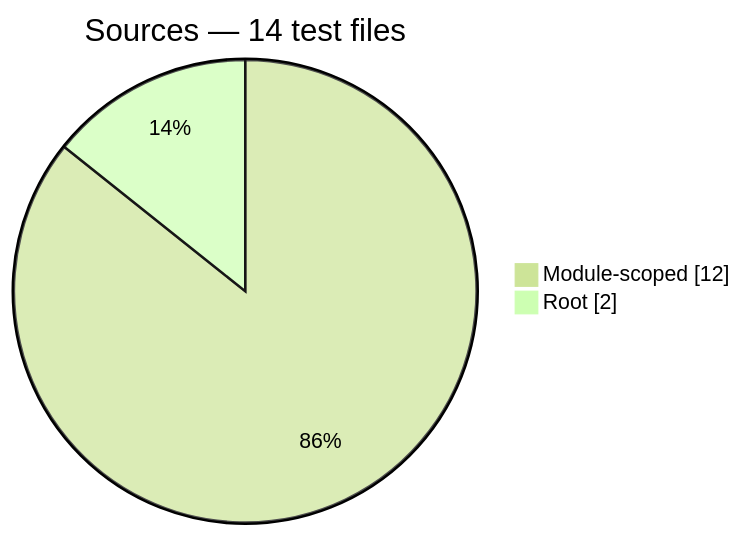
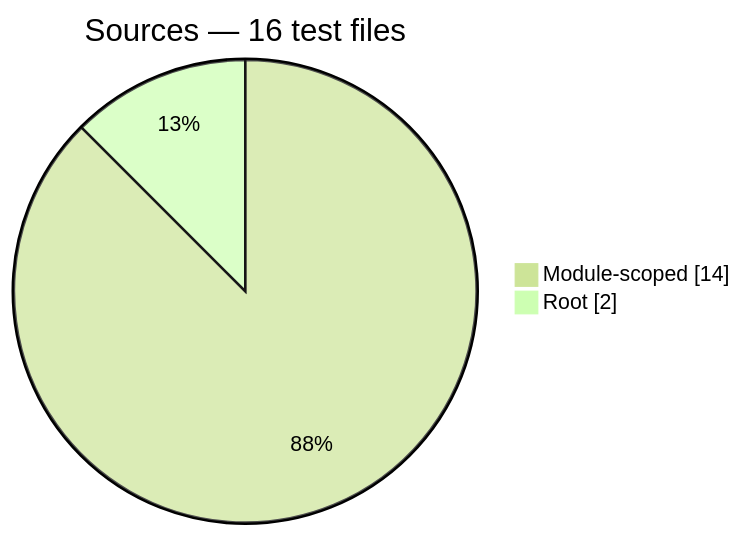
One commit to PHP-Arazzo/php-arazzo changed the fifth of 13 diagrams in docs/generated/test-composition.md. Above: the diagram before and after it, drawn with Mermaid (forest theme). The commit also changed other lines of this file and 33 other files, not shown here.

````diff
--- a/docs/generated/test-composition.md
+++ b/docs/generated/test-composition.md
@@ -76,6 +76,6 @@
 ```mermaid
 pie showData
-    title Sources — 14 test files
-    "Module-scoped": 12
+    title Sources — 16 test files
+    "Module-scoped": 14
     "Root": 2
 ```
````
